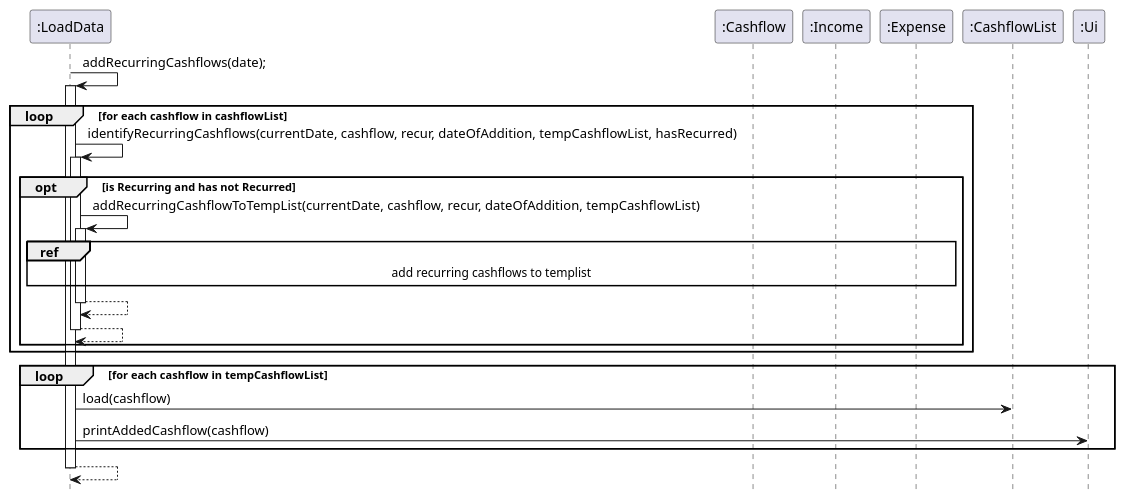
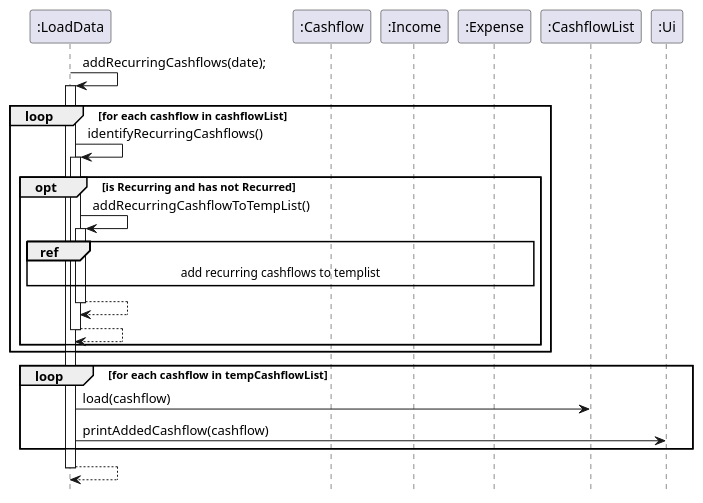
Before and after one commit to nus-cs2113-AY2324S1/tp: the diagram in docs/diagrams/cashflow/RecurSequence.puml, drawn with PlantUML. The commit also changed 3 other files, not shown here.

Commit message:
Remove long method parameters in recur sequence and class diagrams

```diff
--- a/docs/diagrams/cashflow/RecurSequence.puml
+++ b/docs/diagrams/cashflow/RecurSequence.puml
@@ -1,31 +1,31 @@
 @startuml
 
 participant ":LoadData" as LoadData
 participant ":Cashflow" as Cashflow
 participant ":Income" as Income
 participant ":Expense" as Expense
 participant ":CashflowList" as CashflowList
 participant ":Ui" as Ui
 
 LoadData -> LoadData: addRecurringCashflows(date);
 activate LoadData
 loop for each cashflow in cashflowList
-    LoadData -> LoadData: identifyRecurringCashflows(currentDate, cashflow, recur, dateOfAddition, tempCashflowList, hasRecurred)
+    LoadData -> LoadData: identifyRecurringCashflows()
     activate LoadData
 opt is Recurring and has not Recurred
-    LoadData -> LoadData: addRecurringCashflowToTempList(currentDate, cashflow, recur, dateOfAddition, tempCashflowList)
+    LoadData -> LoadData: addRecurringCashflowToTempList()
     activate LoadData
 ref over LoadData, Expense: add recurring cashflows to templist
 return
 
 return
 end
 
 end
 loop for each cashflow in tempCashflowList
     LoadData -> CashflowList: load(cashflow)
     LoadData -> Ui: printAddedCashflow(cashflow)
 end
 return
 hide footbox
 @enduml
```
